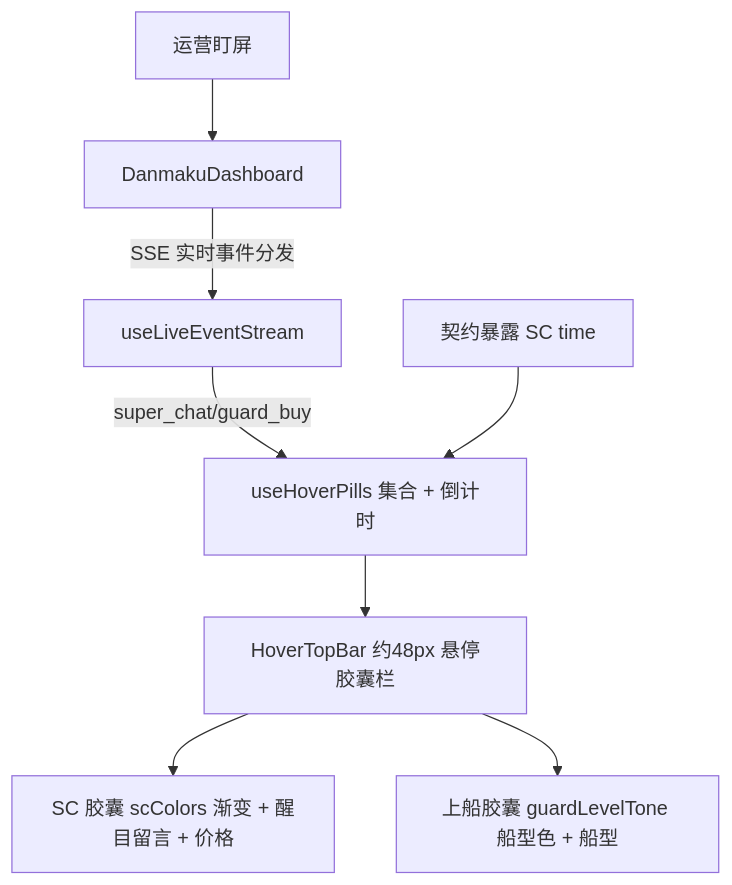
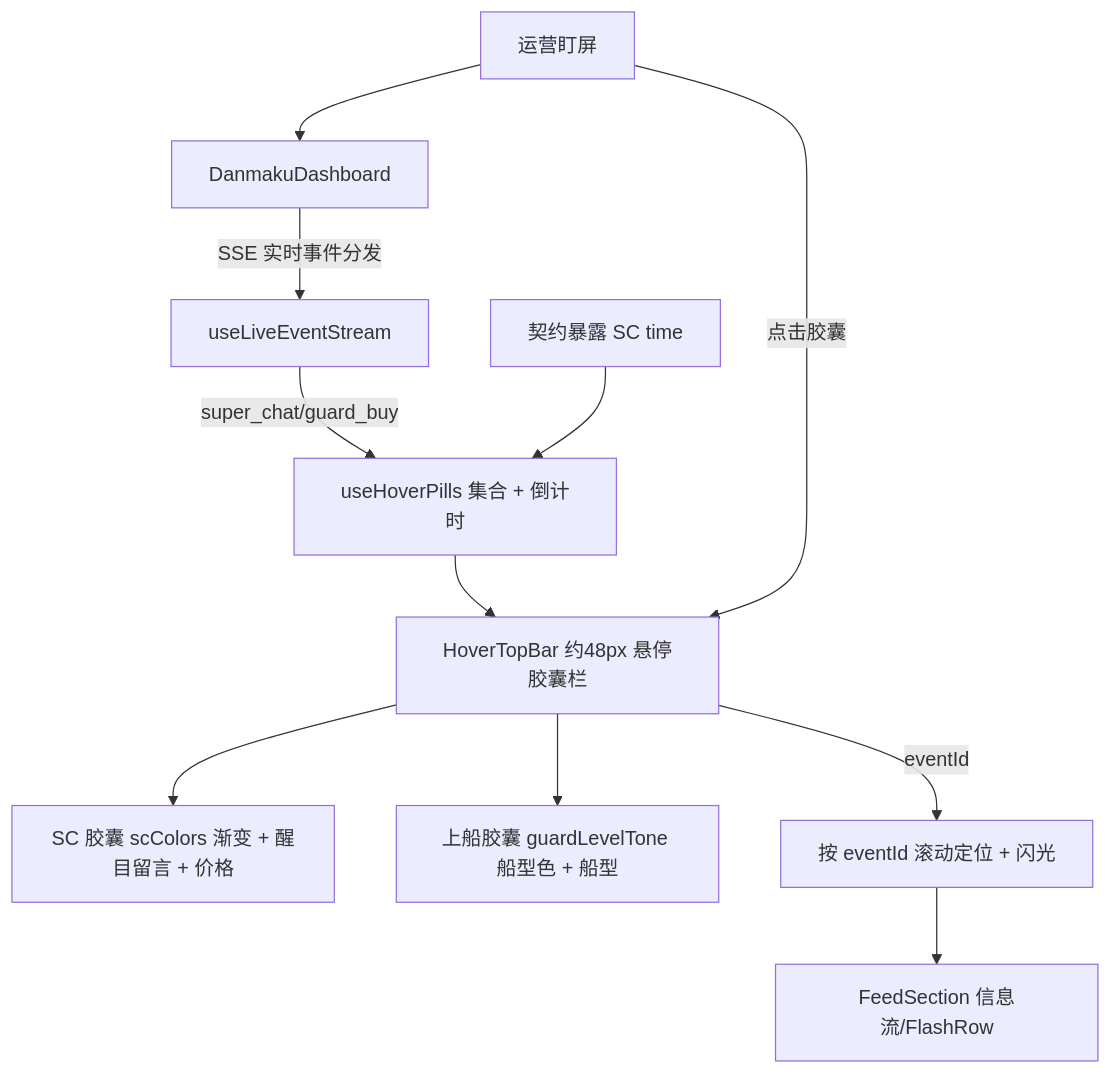
One commit to Deliay/sumire changed the first of 2 diagrams in docs/engineering/proposals/2026-08-23-danmaku-hover-bar-proposal.md. Above: the diagram before and after it, drawn with Mermaid. The commit also changed other lines of this file and 1 other file, not shown here.

````diff
--- a/docs/engineering/proposals/2026-08-23-danmaku-hover-bar-proposal.md
+++ b/docs/engineering/proposals/2026-08-23-danmaku-hover-bar-proposal.md
@@ -48,10 +49,13 @@
 ```mermaid
 graph TD
     U[运营盯屏] --> DASH[DanmakuDashboard]
     DASH -->|SSE 实时事件分发| STREAM[useLiveEventStream]
     STREAM -->|super_chat/guard_buy| HOOK[useHoverPills 集合 + 倒计时]
     HOOK --> BAR[HoverTopBar 约48px 悬停胶囊栏]
     BAR --> SC[SC 胶囊 scColors 渐变 + 醒目留言 + 价格]
     BAR --> GB[上船胶囊 guardLevelTone 船型色 + 船型]
+    U -->|点击胶囊| BAR
+    BAR -->|eventId| LOCATE[按 eventId 滚动定位 + 闪光]
+    LOCATE --> FEED[FeedSection 信息流/FlashRow]
     CONTRACT[契约暴露 SC time] --> HOOK
 ```
````
